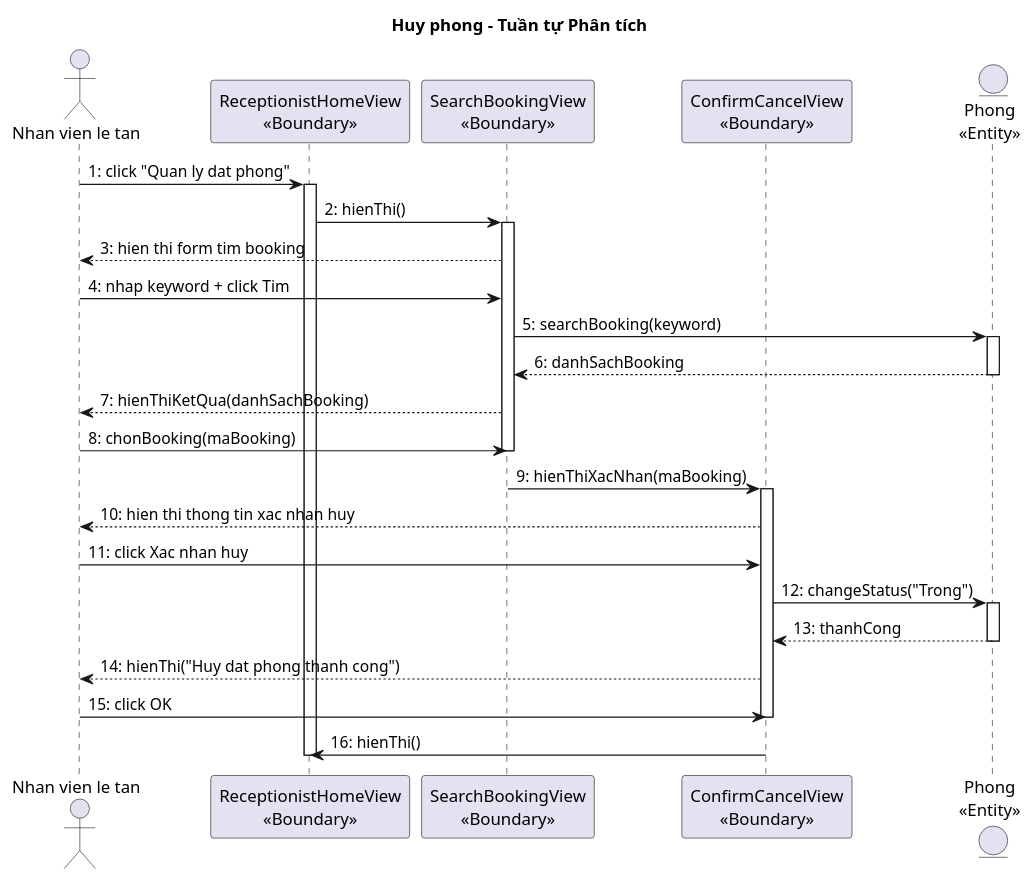
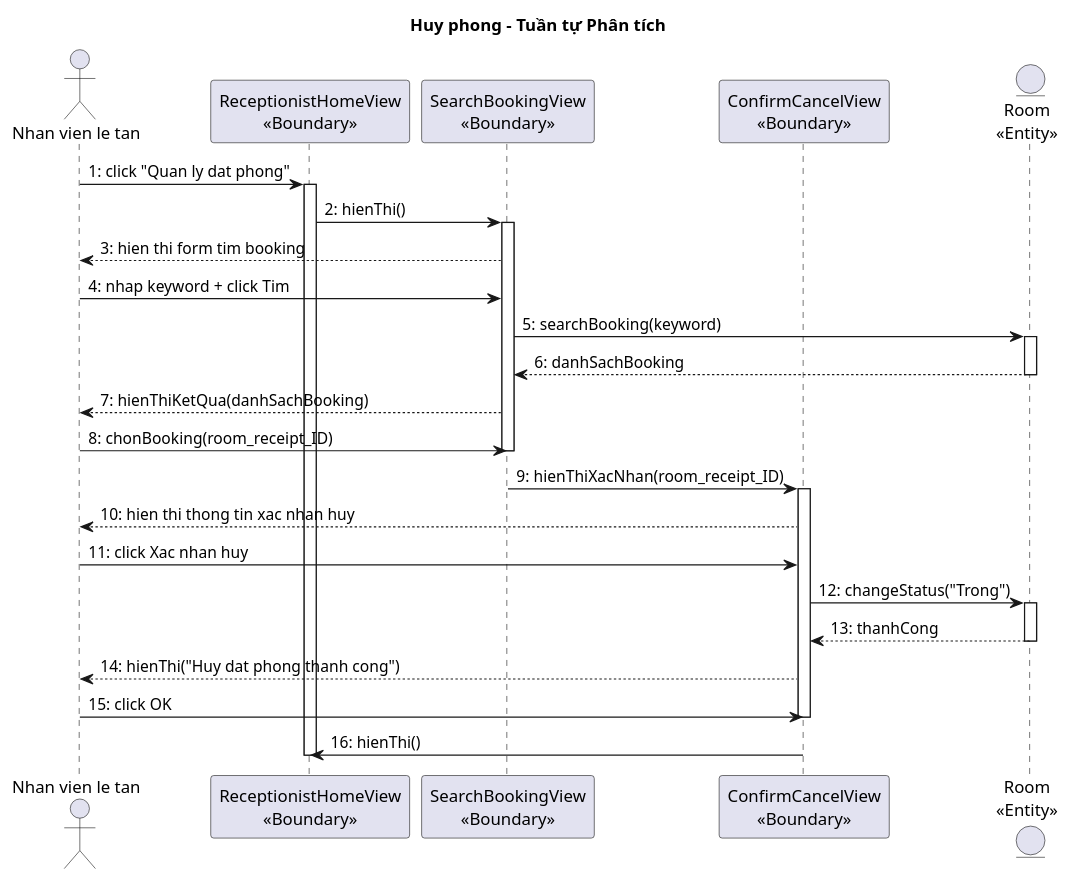
One commit to thanhtrnnn/cnpm changed the sixth of 8 diagrams in docs/tabs/section-booking-ii.3-2.4.md. Above: the diagram before and after it, drawn with PlantUML. The commit also changed other lines of this file and 10 other files, not shown here.

First line of the commit message:
sync: update all sequence diagrams with English entity names per Google Docs

````diff
--- a/docs/tabs/section-booking-ii.3-2.4.md
+++ b/docs/tabs/section-booking-ii.3-2.4.md
@@ -417,38 +417,38 @@
 ```plantuml
 @startuml
 title Huy phong – Tuần tự Phân tích
 
 actor "Nhan vien le tan" as NV
 participant "ReceptionistHomeView\n<<Boundary>>" as Home
 participant "SearchBookingView\n<<Boundary>>" as SearchBooking
 participant "ConfirmCancelView\n<<Boundary>>" as Confirm
-entity "Phong\n<<Entity>>" as Phong
+entity "Room\n<<Entity>>" as Room
 
 NV -> Home : 1: click "Quan ly dat phong"
 activate Home
 Home -> SearchBooking : 2: hienThi()
 activate SearchBooking
 SearchBooking --> NV : 3: hien thi form tim booking
 NV -> SearchBooking : 4: nhap keyword + click Tim
-SearchBooking -> Phong : 5: searchBooking(keyword)
-activate Phong
-Phong --> SearchBooking : 6: danhSachBooking
-deactivate Phong
+SearchBooking -> Room : 5: searchBooking(keyword)
+activate Room
+Room --> SearchBooking : 6: danhSachBooking
+deactivate Room
 SearchBooking --> NV : 7: hienThiKetQua(danhSachBooking)
-NV -> SearchBooking : 8: chonBooking(maBooking)
+NV -> SearchBooking : 8: chonBooking(room_receipt_ID)
 deactivate SearchBooking
-SearchBooking -> Confirm : 9: hienThiXacNhan(maBooking)
+SearchBooking -> Confirm : 9: hienThiXacNhan(room_receipt_ID)
 activate Confirm
 Confirm --> NV : 10: hien thi thong tin xac nhan huy
 NV -> Confirm : 11: click Xac nhan huy
-Confirm -> Phong : 12: changeStatus("Trong")
-activate Phong
-Phong --> Confirm : 13: thanhCong
-deactivate Phong
+Confirm -> Room : 12: changeStatus("Trong")
+activate Room
+Room --> Confirm : 13: thanhCong
+deactivate Room
 Confirm --> NV : 14: hienThi("Huy dat phong thanh cong")
 NV -> Confirm : 15: click OK
 deactivate Confirm
 Confirm -> Home : 16: hienThi()
 deactivate Home
 @enduml
 ```
````
